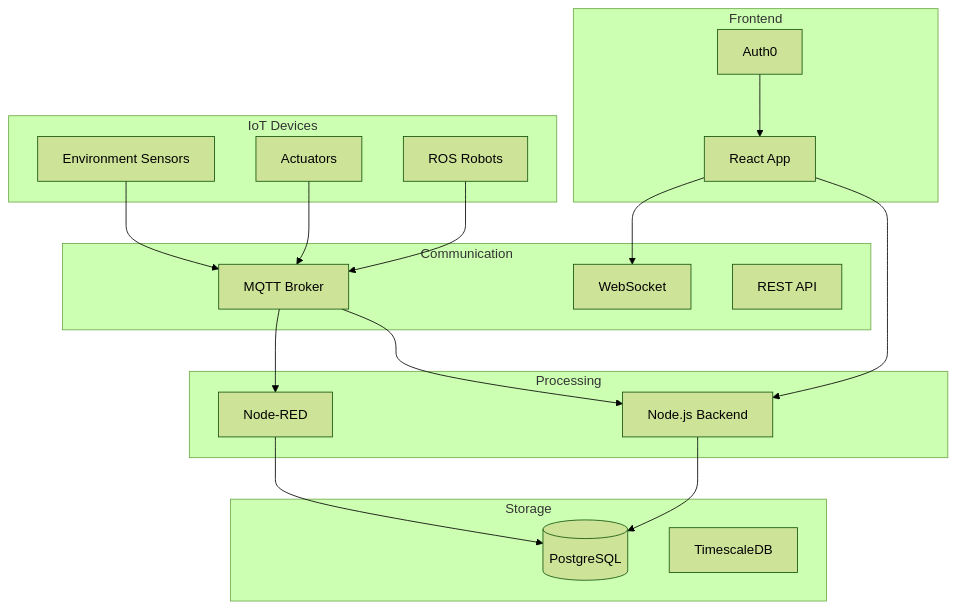
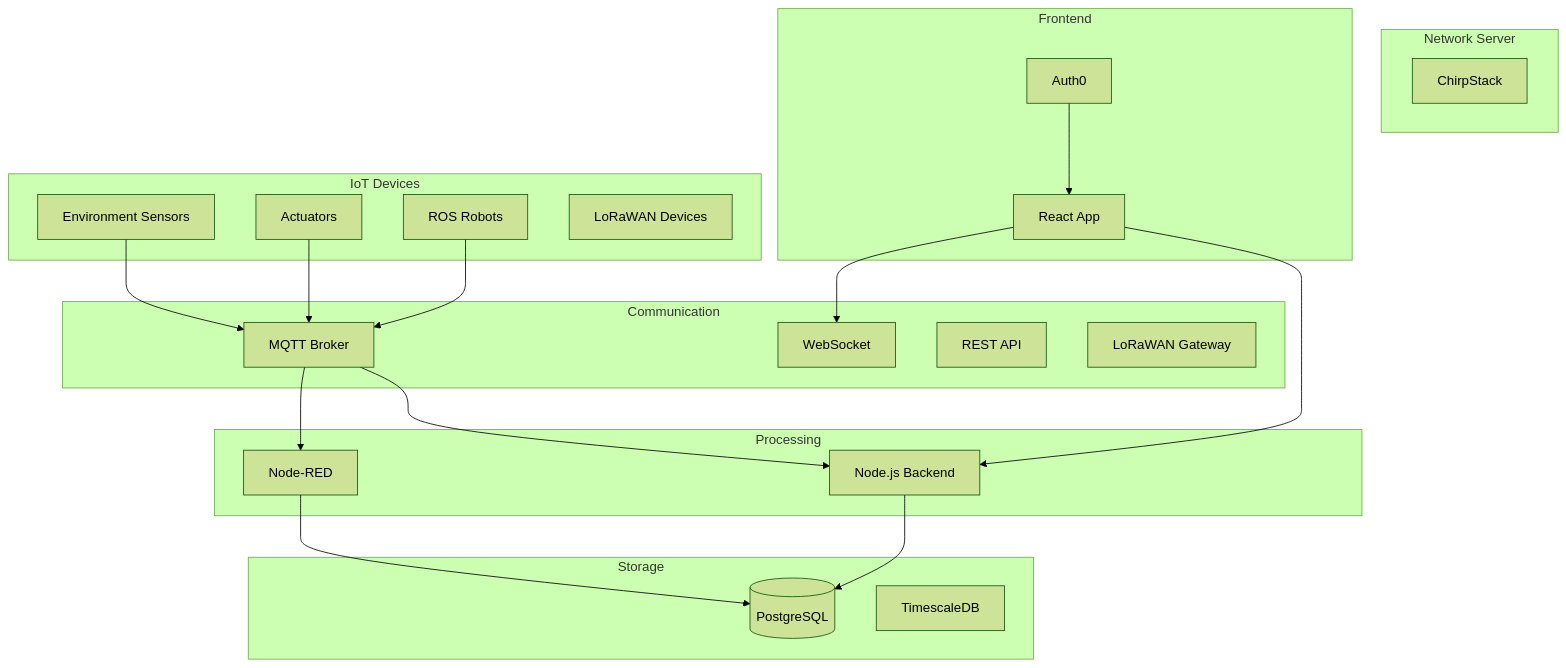
Before and after one commit to bibtv/smart-building-app: the diagram in PLANNING.md, drawn with Mermaid (forest theme). The commit also changed other lines of this file and 4 other files, not shown here.

Commit message:
Add Node-RED flows, LoRaWAN docker-compose, and updated planning

````diff
--- a/PLANNING.md
+++ b/PLANNING.md
@@ -21,40 +22,46 @@
 ```mermaid
 graph TB
     subgraph "IoT Devices"
         Sensors[Environment Sensors]
         Actuators[Actuators]
         Robots[ROS Robots]
+        LoRaWAN[LoRaWAN Devices]
     end
     
     subgraph "Communication"
         MQTT[MQTT Broker]
         WebSocket[WebSocket]
         REST[REST API]
+        LoRa[LoRaWAN Gateway]
+    end
+    
+    subgraph "Network Server"
+        ChirpStack[ChirpStack]
     end
     
     subgraph "Processing"
         NodeRED[Node-RED]
         Backend[Node.js Backend]
     end
     
     subgraph "Storage"
         DB[(PostgreSQL)]
         Timescale[TimescaleDB]
     end
     
     subgraph "Frontend"
         React[React App]
         Auth[Auth0]
     end
     
     Sensors --> MQTT
     Actuators --> MQTT
     Robots --> MQTT
     MQTT --> NodeRED
     MQTT --> Backend
     NodeRED --> DB
     Backend --> DB
     React --> Backend
     React --> WebSocket
     Auth --> React
 ```
````
